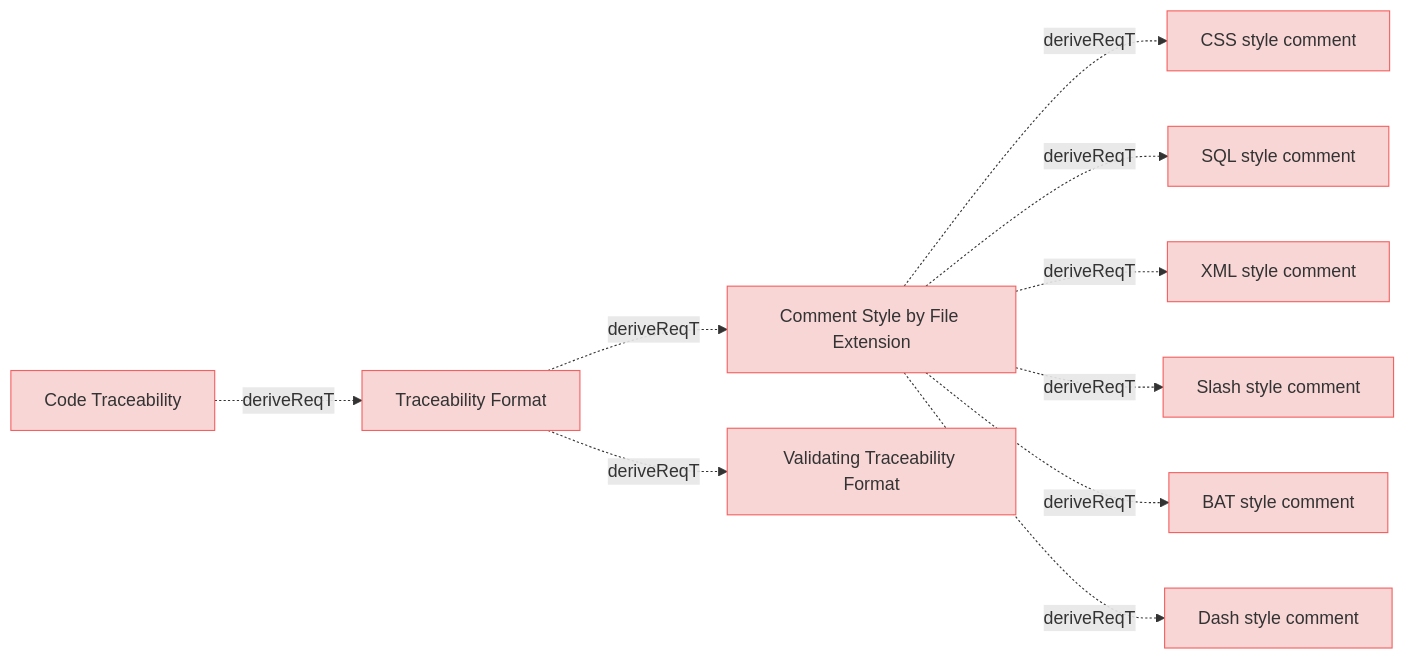
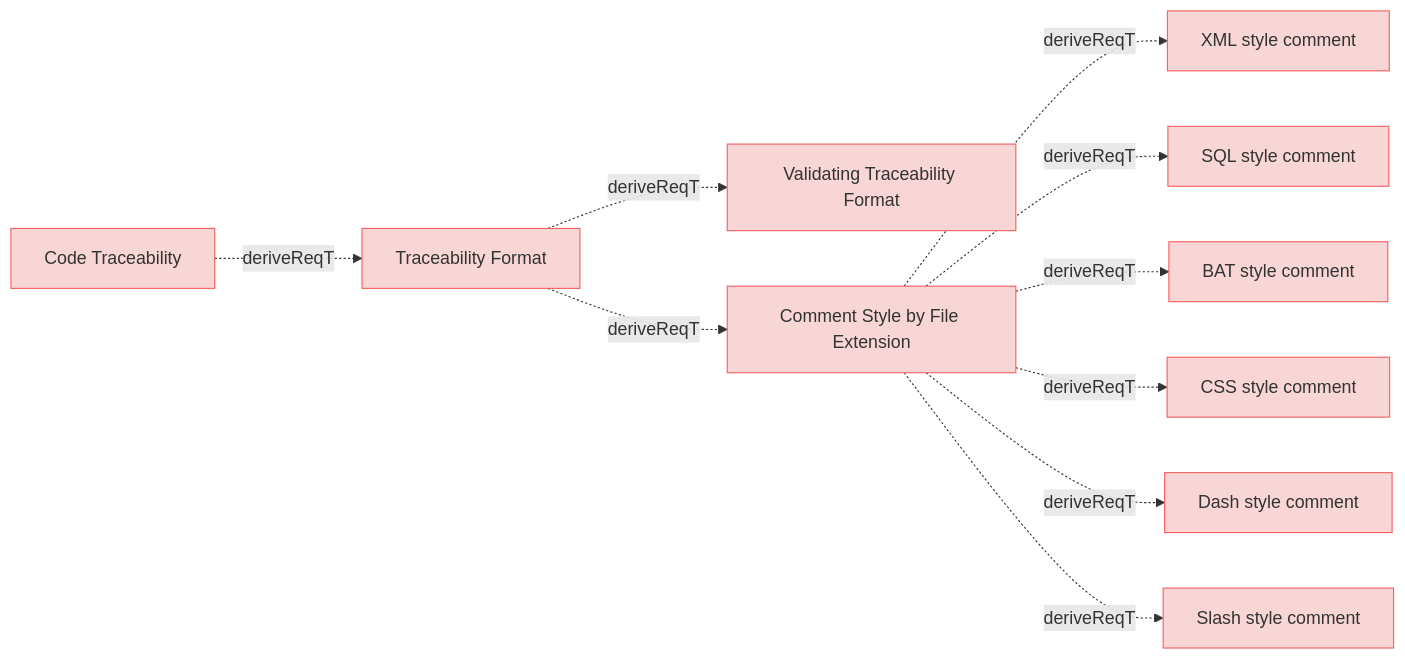
One commit to reqvire-org/reqvire changed the diagram in specifications/CodeTraecabilityRequirements.md. Above: the diagram before and after it, drawn with Mermaid. The commit also changed other lines of this file and 20 other files, not shown here.

````diff
--- a/specifications/CodeTraecabilityRequirements.md
+++ b/specifications/CodeTraecabilityRequirements.md
@@ -4,49 +4,49 @@
 ```mermaid
 graph LR;
   %% REQVIRE-AUTOGENERATED-DIAGRAM
   %% Graph styling
   classDef requirement fill:#f9d6d6,stroke:#f55f5f,stroke-width:1px;
   classDef verification fill:#d6f9d6,stroke:#5fd75f,stroke-width:1px;
   classDef externalLink fill:#d0e0ff,stroke:#3080ff,stroke-width:1px;
   classDef default fill:#f5f5f5,stroke:#333333,stroke-width:1px;
 
-  a91fc474f292f1c9["CSS style comment"];
-  class a91fc474f292f1c9 requirement;
-  click a91fc474f292f1c9 "CodeTraecabilityRequirements.md#css-style-comment";
-  9314736a59776478["Traceability Format"];
-  class 9314736a59776478 requirement;
-  click 9314736a59776478 "CodeTraecabilityRequirements.md#traceability-format";
+  474c97b7d0029622["XML style comment"];
+  class 474c97b7d0029622 requirement;
+  click 474c97b7d0029622 "CodeTraecabilityRequirements.md#xml-style-comment";
+  3db41d3530e56596["Validating Traceability Format"];
+  class 3db41d3530e56596 requirement;
+  click 3db41d3530e56596 "CodeTraecabilityRequirements.md#validating-traceability-format";
   f4c09ad7359812ff["Comment Style by File Extension"];
   class f4c09ad7359812ff requirement;
   click f4c09ad7359812ff "CodeTraecabilityRequirements.md#comment-style-by-file-extension";
-  9314736a59776478 -.->|deriveReqT| f4c09ad7359812ff;
-  3db41d3530e56596["Validating Traceability Format"];
-  class 3db41d3530e56596 requirement;
-  click 3db41d3530e56596 "CodeTraecabilityRequirements.md#validating-traceability-format";
-  9314736a59776478 -.->|deriveReqT| 3db41d3530e56596;
-  f4c09ad7359812ff -.->|deriveReqT| a91fc474f292f1c9;
+  f4c09ad7359812ff -.->|deriveReqT| 474c97b7d0029622;
   39fc946195c12956["SQL style comment"];
   class 39fc946195c12956 requirement;
   click 39fc946195c12956 "CodeTraecabilityRequirements.md#sql-style-comment";
   f4c09ad7359812ff -.->|deriveReqT| 39fc946195c12956;
-  474c97b7d0029622["XML style comment"];
-  class 474c97b7d0029622 requirement;
-  click 474c97b7d0029622 "CodeTraecabilityRequirements.md#xml-style-comment";
-  f4c09ad7359812ff -.->|deriveReqT| 474c97b7d0029622;
+  7fdde6a23819450b["BAT style comment"];
+  class 7fdde6a23819450b requirement;
+  click 7fdde6a23819450b "CodeTraecabilityRequirements.md#bat-style-comment";
+  f4c09ad7359812ff -.->|deriveReqT| 7fdde6a23819450b;
+  a91fc474f292f1c9["CSS style comment"];
+  class a91fc474f292f1c9 requirement;
+  click a91fc474f292f1c9 "CodeTraecabilityRequirements.md#css-style-comment";
+  f4c09ad7359812ff -.->|deriveReqT| a91fc474f292f1c9;
+  be41c3d9e39abe6f["Dash style comment"];
+  class be41c3d9e39abe6f requirement;
+  click be41c3d9e39abe6f "CodeTraecabilityRequirements.md#dash-style-comment";
+  f4c09ad7359812ff -.->|deriveReqT| be41c3d9e39abe6f;
   99c4cc438042d855["Slash style comment"];
   class 99c4cc438042d855 requirement;
   click 99c4cc438042d855 "CodeTraecabilityRequirements.md#slash-style-comment";
   f4c09ad7359812ff -.->|deriveReqT| 99c4cc438042d855;
-  7fdde6a23819450b["BAT style comment"];
-  class 7fdde6a23819450b requirement;
-  click 7fdde6a23819450b "CodeTraecabilityRequirements.md#bat-style-comment";
-  f4c09ad7359812ff -.->|deriveReqT| 7fdde6a23819450b;
-  be41c3d9e39abe6f["Dash style comment"];
-  class be41c3d9e39abe6f requirement;
-  click be41c3d9e39abe6f "CodeTraecabilityRequirements.md#dash-style-comment";
-  f4c09ad7359812ff -.->|deriveReqT| be41c3d9e39abe6f;
+  9314736a59776478["Traceability Format"];
+  class 9314736a59776478 requirement;
+  click 9314736a59776478 "CodeTraecabilityRequirements.md#traceability-format";
+  9314736a59776478 -.->|deriveReqT| 3db41d3530e56596;
+  9314736a59776478 -.->|deriveReqT| f4c09ad7359812ff;
   26ca72b617aff229["Code Traceability"];
   class 26ca72b617aff229 requirement;
   click 26ca72b617aff229 "UserRequirements.md#code-traceability";
   26ca72b617aff229 -.->|deriveReqT| 9314736a59776478;
 ```
````
